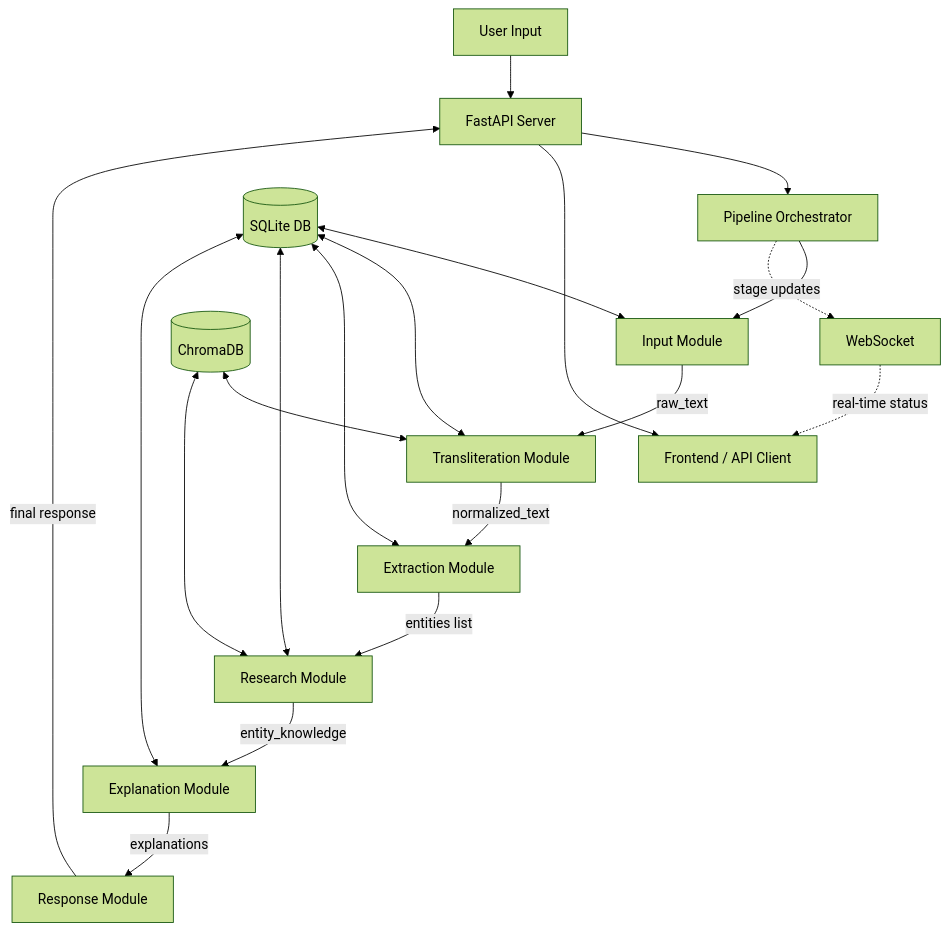
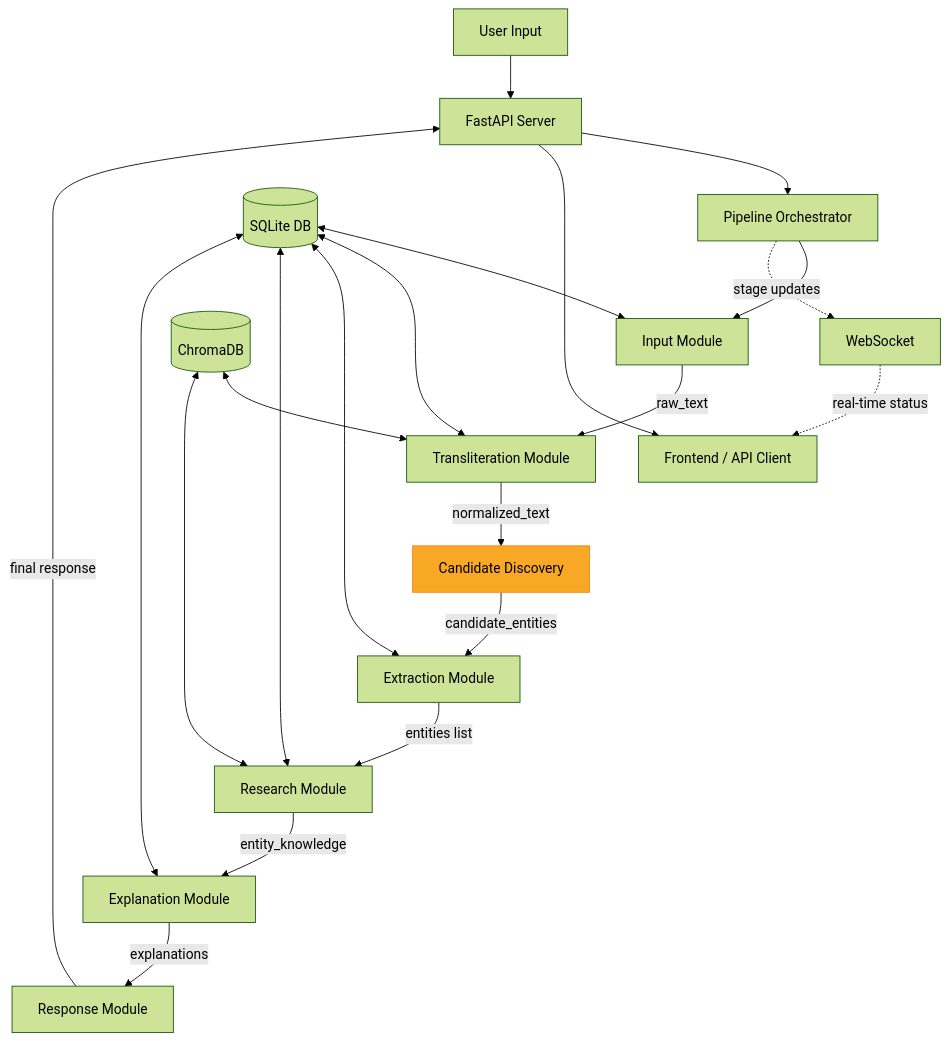
Before and after one commit to VishalGovindasamy-15/tamil-entity-system: the first of 2 diagrams in docs/implementation_plan.md, drawn with Mermaid (forest theme). The commit also changed other lines of this file and 9 other files, not shown here.

````diff
--- a/docs/implementation_plan.md
+++ b/docs/implementation_plan.md
@@ -511,25 +531,28 @@
 ```mermaid
 graph TD
     A[User Input] --> B[FastAPI Server]
     B --> C[Pipeline Orchestrator]
     C --> D[Input Module]
     D -->|raw_text| E[Transliteration Module]
-    E -->|normalized_text| F[Extraction Module]
+    E -->|normalized_text| CD[Candidate Discovery]
+    CD -->|candidate_entities| F[Extraction Module]
     F -->|entities list| G[Research Module]
     G -->|entity_knowledge| H[Explanation Module]
     H -->|explanations| I[Response Module]
     I -->|final response| B
     B --> J[Frontend / API Client]
 
     K[WebSocket] -.->|real-time status| J
     C -.->|stage updates| K
 
     L[(SQLite DB)] <--> D
     L <--> E
     L <--> F
     L <--> G
     L <--> H
 
     M[(ChromaDB)] <--> E
     M <--> G
+
+    style CD fill:#f9a825,stroke:#f57f17,color:#000
 ```
````
